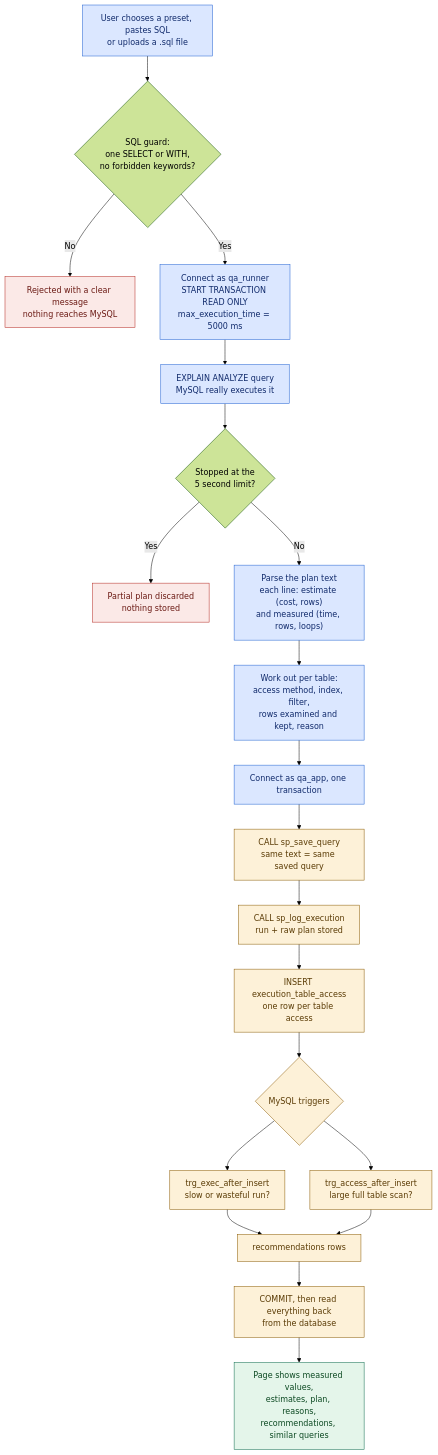
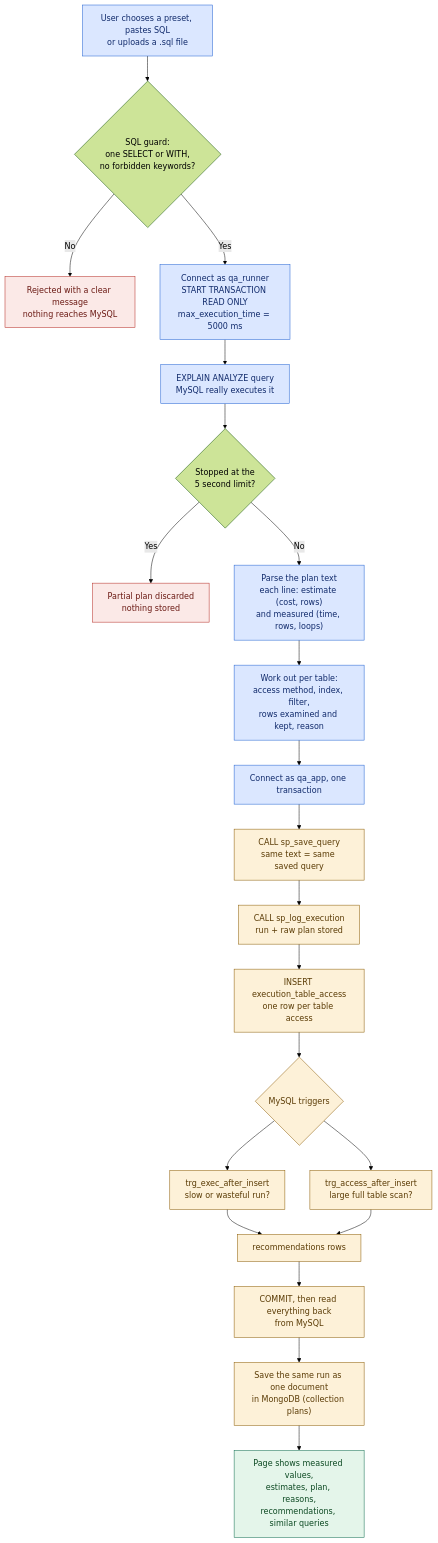
The diagram in docs/diagrams/workflow.mmd (ThouSyntaxTerror/Query-Performance-Analyzer), drawn with Mermaid (forest theme) before and after one commit. The commit also changed 18 other files, not shown here.

Commit message:
Add MongoDB as the NoSQL database, document the NoSQL data model, add a HAVING example

```diff
--- a/docs/diagrams/workflow.mmd
+++ b/docs/diagrams/workflow.mmd
@@ -1,28 +1,29 @@
 flowchart TD
     A["User chooses a preset, pastes SQL<br/>or uploads a .sql file"] --> B{"SQL guard:<br/>one SELECT or WITH,<br/>no forbidden keywords?"}
     B -- "No" --> X1["Rejected with a clear message<br/>nothing reaches MySQL"]
     B -- "Yes" --> C["Connect as qa_runner<br/>START TRANSACTION READ ONLY<br/>max_execution_time = 5000 ms"]
     C --> D["EXPLAIN ANALYZE query<br/>MySQL really executes it"]
     D --> E{"Stopped at the<br/>5 second limit?"}
     E -- "Yes" --> X2["Partial plan discarded<br/>nothing stored"]
     E -- "No" --> F["Parse the plan text<br/>each line: estimate (cost, rows)<br/>and measured (time, rows, loops)"]
     F --> G["Work out per table:<br/>access method, index, filter,<br/>rows examined and kept, reason"]
     G --> H["Connect as qa_app, one transaction"]
     H --> I["CALL sp_save_query<br/>same text = same saved query"]
     I --> J["CALL sp_log_execution<br/>run + raw plan stored"]
     J --> K["INSERT execution_table_access<br/>one row per table access"]
     K --> L{"MySQL triggers"}
     L --> M["trg_exec_after_insert<br/>slow or wasteful run?"]
     L --> N["trg_access_after_insert<br/>large full table scan?"]
     M --> O["recommendations rows"]
     N --> O
-    O --> P["COMMIT, then read everything back<br/>from the database"]
-    P --> Q["Page shows measured values,<br/>estimates, plan, reasons,<br/>recommendations, similar queries"]
+    O --> P["COMMIT, then read everything back<br/>from MySQL"]
+    P --> P2["Save the same run as one document<br/>in MongoDB (collection plans)"]
+    P2 --> Q["Page shows measured values,<br/>estimates, plan, reasons,<br/>recommendations, similar queries"]
     classDef a fill:#dbe7ff,stroke:#1d5fd1,color:#102a6b
     classDef b fill:#fdf1d8,stroke:#8a5a00,color:#5a3b05
     classDef bad fill:#fbe9e7,stroke:#b3261e,color:#6b1a14
     classDef ok fill:#e4f5ea,stroke:#0b6b4d,color:#0d4a23
     class A,C,D,F,G,H a
-    class I,J,K,L,M,N,O,P b
+    class I,J,K,L,M,N,O,P,P2 b
     class X1,X2 bad
     class Q ok
```
